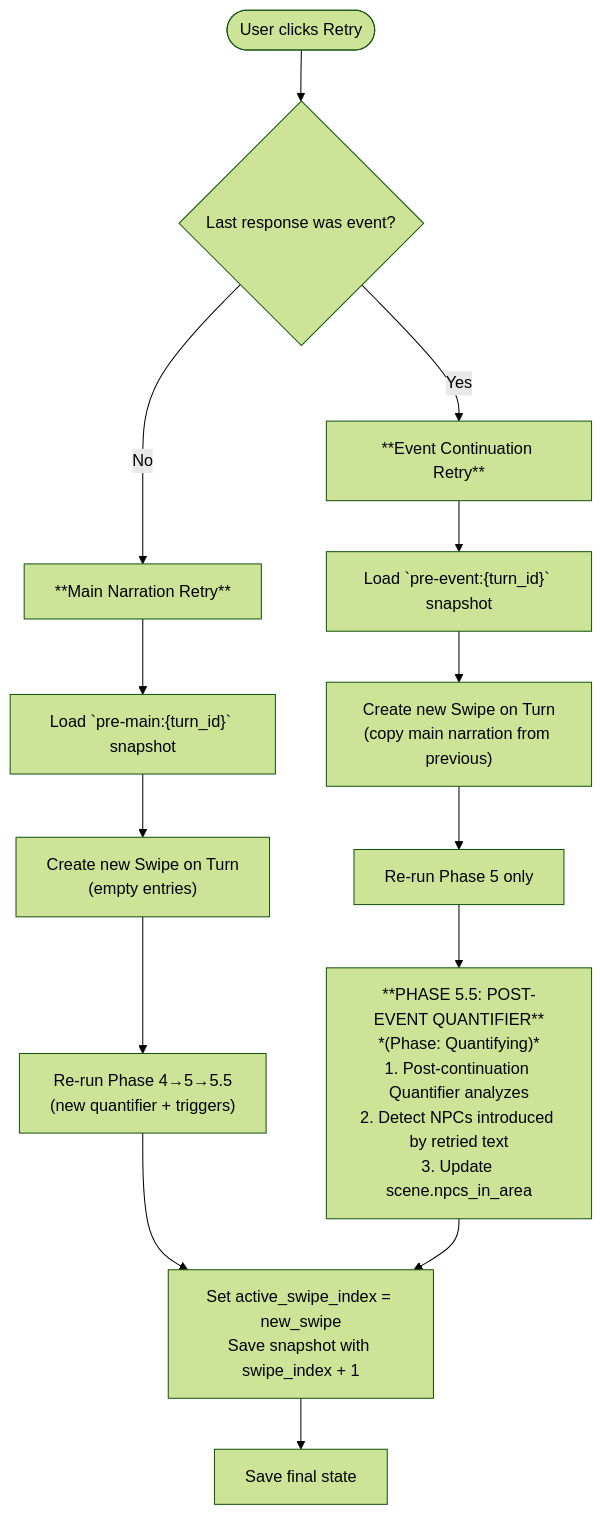
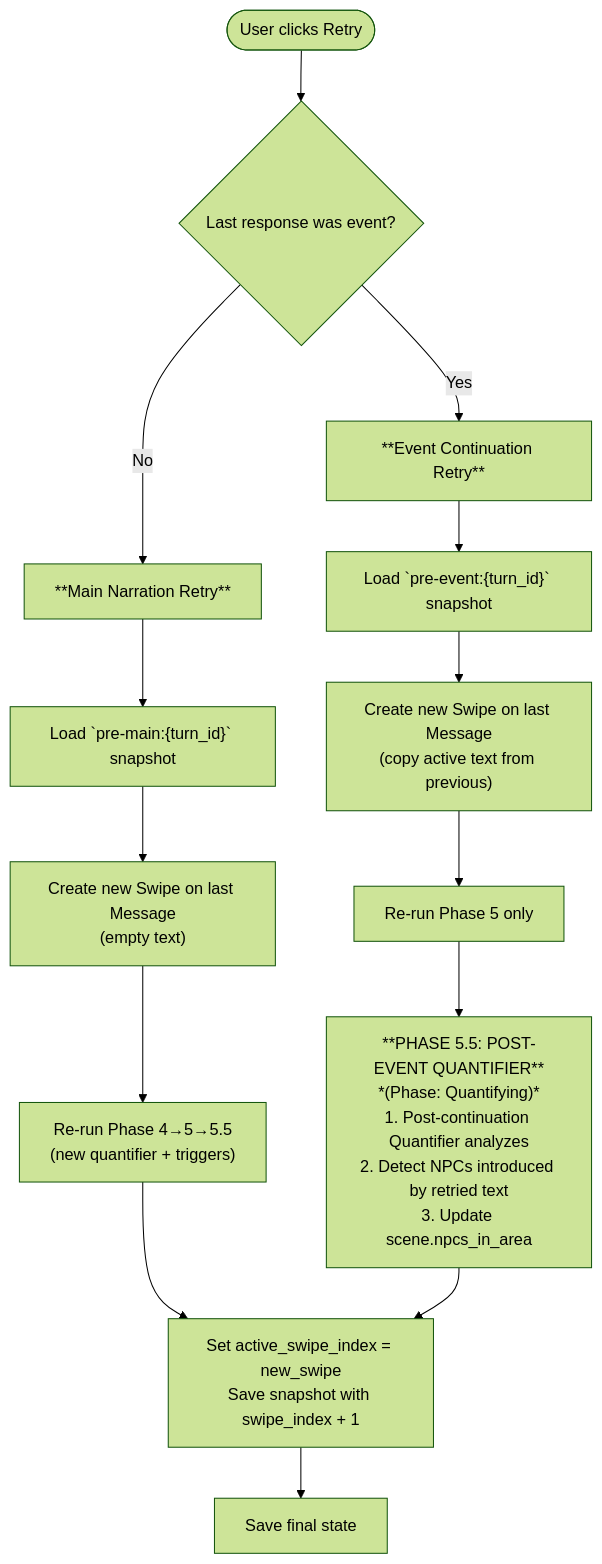
Before and after one commit to notsonormal/chronicler-engine: the third of 3 diagrams in chronicler_engine/docs/system/game_flow.md, drawn with Mermaid (forest theme). The commit also changed other lines of this file and 11 other files, not shown here.

First line of the commit message:
docs: update documentation for Message+Swipe model migration

````diff
--- a/chronicler_engine/docs/system/game_flow.md
+++ b/chronicler_engine/docs/system/game_flow.md
@@ -143,30 +143,30 @@
 ```mermaid
 flowchart TD
     Start(["User clicks Retry"])
     Check{Last response was event?}
     Main["**Main Narration Retry**"]
     Event["**Event Continuation Retry**"]
     PreMain["Load `pre-main:{turn_id}` snapshot"]
     PreEvent["Load `pre-event:{turn_id}` snapshot"]
-    NewSwipeMain["Create new Swipe on Turn<br>(empty entries)"]
-    NewSwipeEvent["Create new Swipe on Turn<br>(copy main narration from previous)"]
+    NewSwipeMain["Create new Swipe on last Message<br>(empty text)"]
+    NewSwipeEvent["Create new Swipe on last Message<br>(copy active text from previous)"]
     ReGenMain["Re-run Phase 4→5→5.5<br>(new quantifier + triggers)"]
     ReGenEvent["Re-run Phase 5 only"]
     Phase55["**PHASE 5.5: POST-EVENT QUANTIFIER**<br>*(Phase: Quantifying)*<br>1. Post-continuation Quantifier analyzes<br>2. Detect NPCs introduced by retried text<br>3. Update scene.npcs_in_area"]
     IncSwipe["Set active_swipe_index = new_swipe<br>Save snapshot with swipe_index + 1"]
     Save["Save final state"]
 
     Start --> Check
     Check -->|No| Main
     Check -->|Yes| Event
     Main --> PreMain
     Event --> PreEvent
     PreMain --> NewSwipeMain
     PreEvent --> NewSwipeEvent
     NewSwipeMain --> ReGenMain
     NewSwipeEvent --> ReGenEvent
     ReGenMain --> IncSwipe
     ReGenEvent --> Phase55
     Phase55 --> IncSwipe
     IncSwipe --> Save
 ```
````
